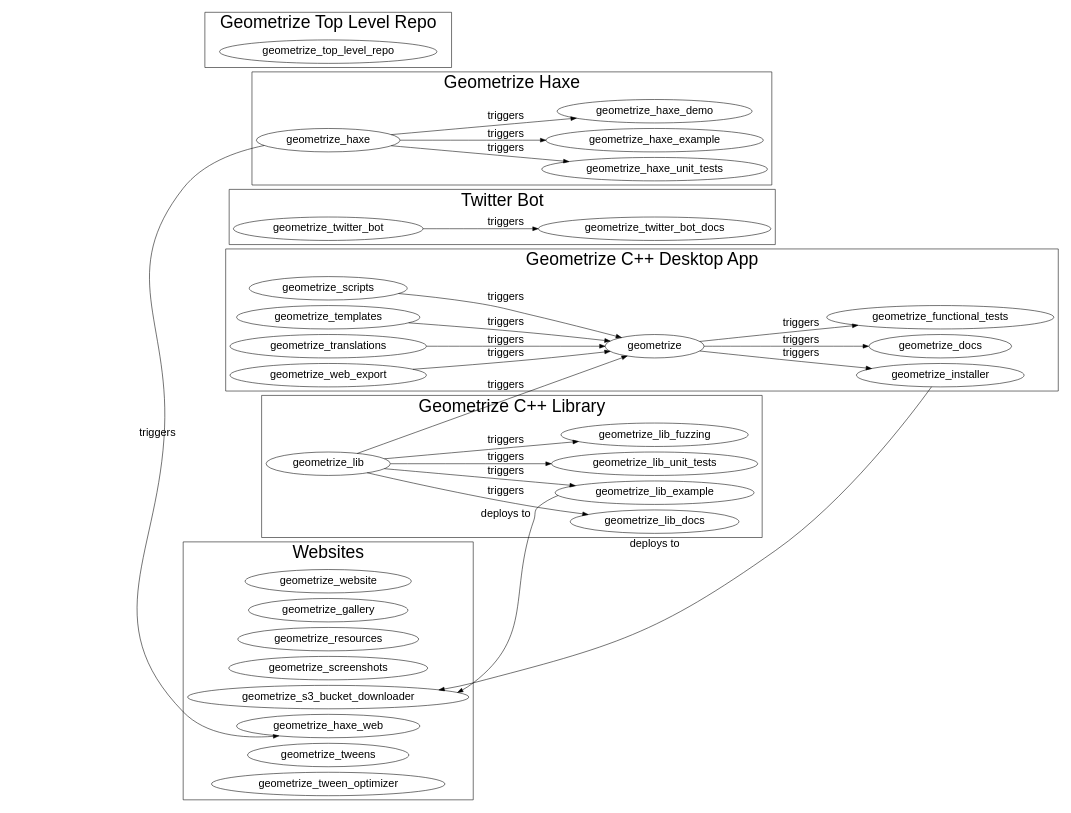
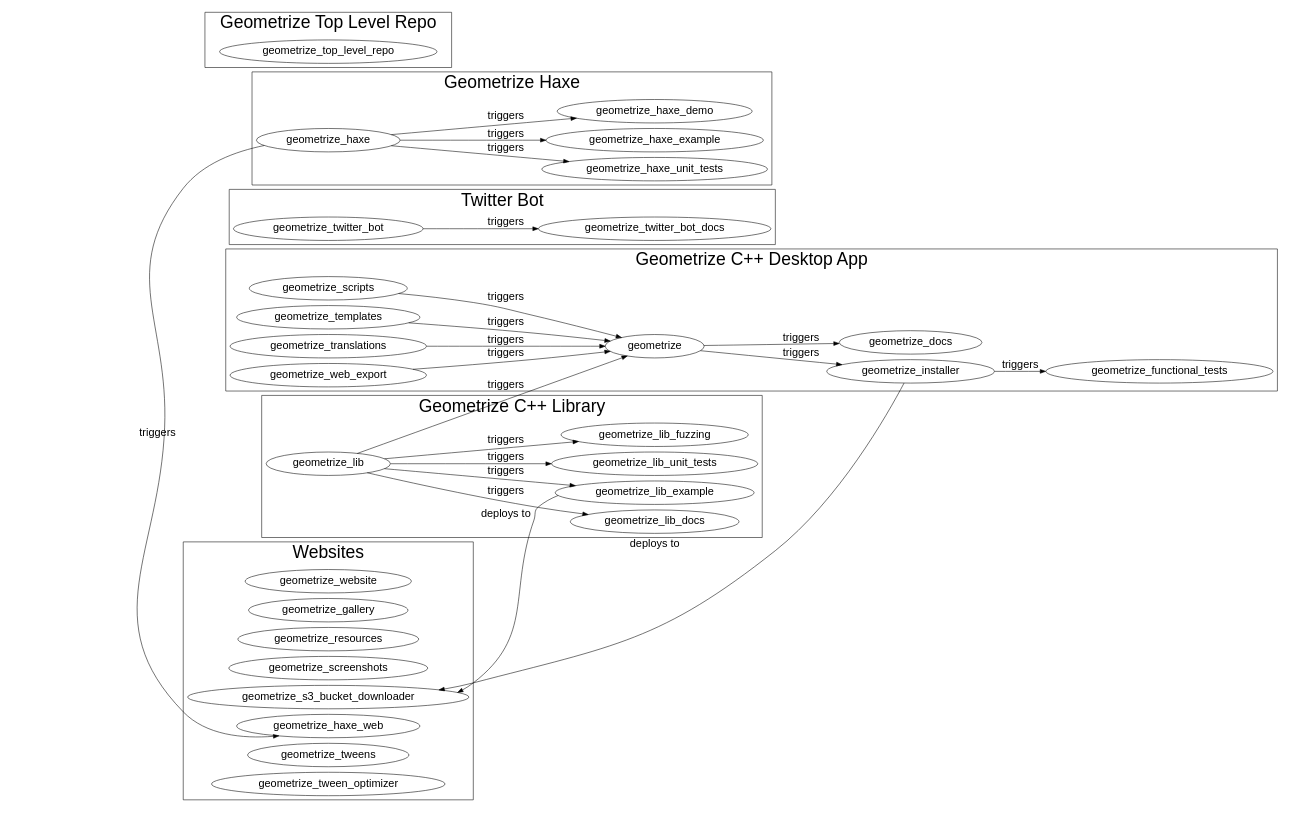
One commit to Tw1ddle/geometrize-top-level-repo changed the diagram in trigger_graph.dot. Above: the diagram before and after it, drawn with Graphviz. The commit also changed 1 other file, not shown here.

Commit message:
Update build trigger graph (tests run after installer generation)

```diff
--- a/trigger_graph.dot
+++ b/trigger_graph.dot
@@ -1,66 +1,68 @@
 // Graph that describes which builds trigger other builds and deployments within the Geometrize project
+// Builds and deployments generally trigger after build success, not build failures/cancellation
 
 digraph G {
   rankdir=LR;
   graph [pad="0.1", nodesep="0.15", ranksep="0.2", fontsize=32 fontname = "helvetica"];
   node [fontsize="20pt" fontname = "helvetica"];
   edge [fontsize="20pt", label="triggers" fontname = "helvetica"];
 
   subgraph cluster_0 {
     label = "Geometrize C++ Desktop App";
     geometrize_installer
 
     geometrize_scripts -> geometrize
     geometrize_templates -> geometrize
     geometrize_translations -> geometrize
     geometrize_web_export -> geometrize
 
     geometrize -> geometrize_docs
-    geometrize -> geometrize_functional_tests
     geometrize -> geometrize_installer
+    
+    geometrize_installer -> geometrize_functional_tests
   }
 
   subgraph cluster_1 {
     label = "Geometrize C++ Library";
     geometrize_lib -> geometrize_lib_docs
     geometrize_lib -> geometrize_lib_example
     geometrize_lib -> geometrize_lib_unit_tests
     geometrize_lib -> geometrize_lib_fuzzing
   }
 
   subgraph cluster_2 {
       label = "Twitter Bot";
       geometrize_twitter_bot -> geometrize_twitter_bot_docs
   }
 
   subgraph cluster_3 {
     label = "Websites";
     geometrize_website
     geometrize_gallery
     geometrize_resources
     geometrize_screenshots
     geometrize_s3_bucket_downloader
     geometrize_haxe_web
     geometrize_tweens
     geometrize_tween_optimizer
   }
 
   subgraph cluster_4 {
     label = "Geometrize Haxe";
     geometrize_haxe -> geometrize_haxe_unit_tests
     geometrize_haxe -> geometrize_haxe_example
     geometrize_haxe -> geometrize_haxe_demo
     #geometrize_haxe -> geometrize_haxe_docs // Documentation generation is done in the main geometrize_haxe build
   }
 
   subgraph cluster_5 {
     label = "Geometrize Top Level Repo";
     geometrize_top_level_repo;
   }
 
   geometrize_lib -> geometrize [label="triggers"]
   geometrize_haxe -> geometrize_haxe_web [label="triggers"] [constraint=false] 
 
   geometrize_installer -> geometrize_s3_bucket_downloader [label="deploys to"] [constraint=false]
   geometrize_lib_example -> geometrize_s3_bucket_downloader [label="deploys to"] [constraint=false]
 }
```
